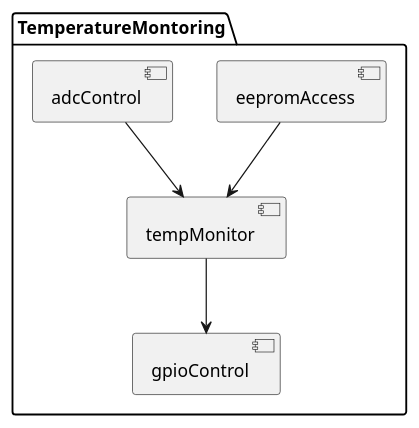
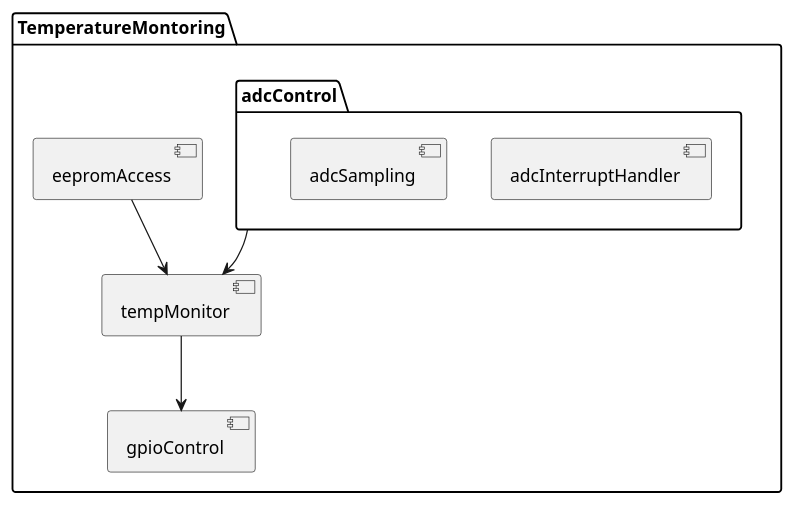
The diagram in arch/static_arch.puml (pru8889/TempMonitoring_Project), drawn with PlantUML before and after one commit.

Commit message:
First draft static arch

```diff
--- a/arch/static_arch.puml
+++ b/arch/static_arch.puml
@@ -1,12 +1,15 @@
 @startuml
 package "TemperatureMontoring" {
     [eepromAccess] as ea
-    [adcControl] as adc
+    package "adcControl" as adc{
+    [adcInterruptHandler] as adcIsr
+    [adcSampling]
+    }
     [tempMonitor] as tmp
     [gpioControl] as gpio
 }
 
 ea --> tmp
 adc --> tmp
 tmp --> gpio
 @enduml
```
